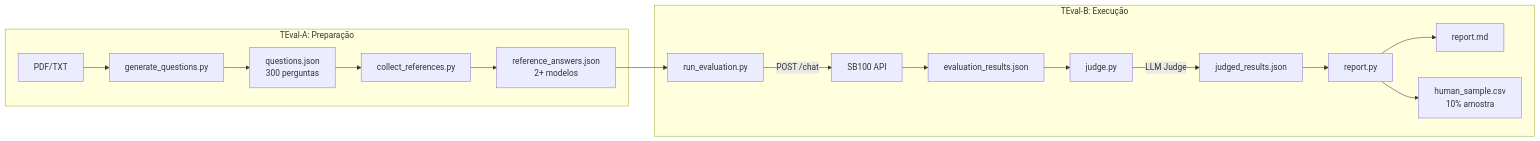
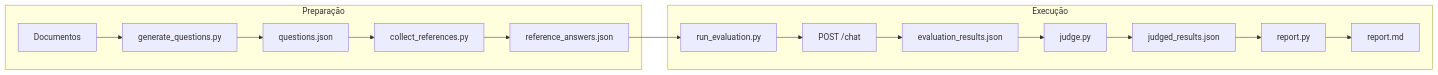
One commit to LukeSantossz/sb100_agents changed the third of 3 diagrams in ARCHITECTURE.md. Above: the diagram before and after it, drawn with Mermaid. The commit also changed other lines of this file, not shown here.

Commit message:
docs(architecture): rewrite to focus on target architecture

````diff
--- a/ARCHITECTURE.md
+++ b/ARCHITECTURE.md
@@ -306,20 +310,19 @@
 ```mermaid
 flowchart LR
-    subgraph A ["TEval-A: Preparação"]
-        PDF[PDF/TXT] --> GEN[generate_questions.py]
-        GEN --> QS[questions.json<br/>300 perguntas]
-        QS --> COL[collect_references.py]
-        COL --> REF[reference_answers.json<br/>2+ modelos]
+    subgraph PREP["Preparação"]
+        PDF["Documentos"] --> GEN["generate_questions.py"]
+        GEN --> QUESTIONS["questions.json"]
+        QUESTIONS --> COLLECT["collect_references.py"]
+        COLLECT --> REFS["reference_answers.json"]
     end
 
-    subgraph B ["TEval-B: Execução"]
-        REF --> RUN[run_evaluation.py]
-        RUN -->|POST /chat| API[SB100 API]
-        API --> RES[evaluation_results.json]
-        RES --> JUD[judge.py]
-        JUD -->|LLM Judge| JUDGED[judged_results.json]
-        JUDGED --> REP[report.py]
-        REP --> MD[report.md]
-        REP --> CSV[human_sample.csv<br/>10% amostra]
+    subgraph EXEC["Execução"]
+        REFS --> RUN["run_evaluation.py"]
+        RUN --> API["POST /chat"]
+        API --> RESULTS["evaluation_results.json"]
+        RESULTS --> JUDGE["judge.py"]
+        JUDGE --> JUDGED["judged_results.json"]
+        JUDGED --> REPORT["report.py"]
+        REPORT --> MD["report.md"]
     end
 ```
````
